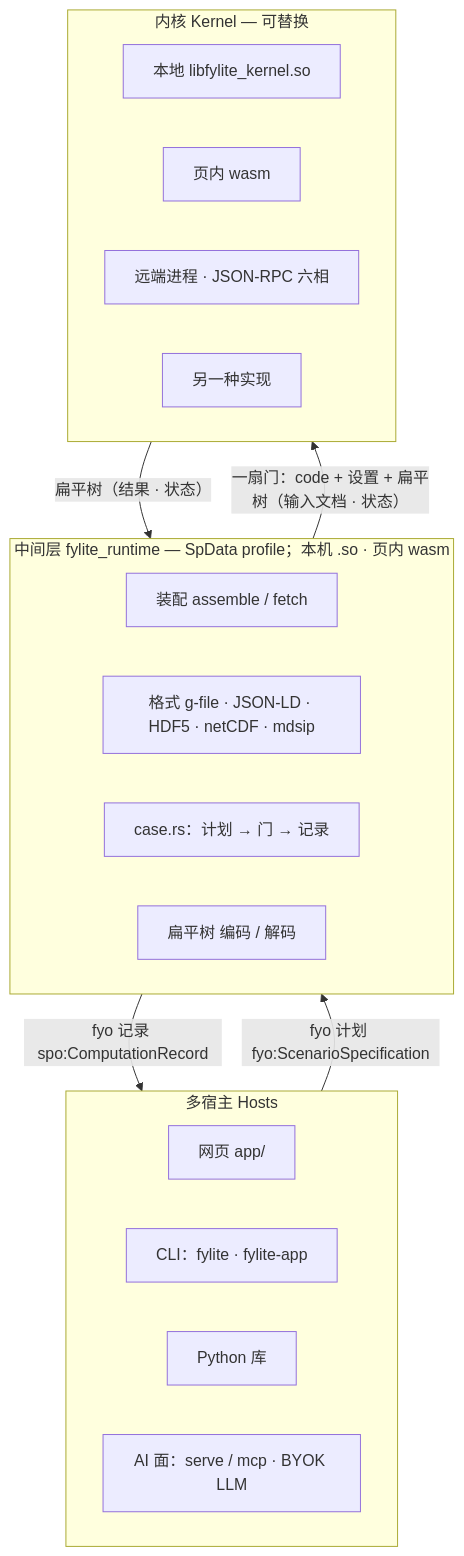
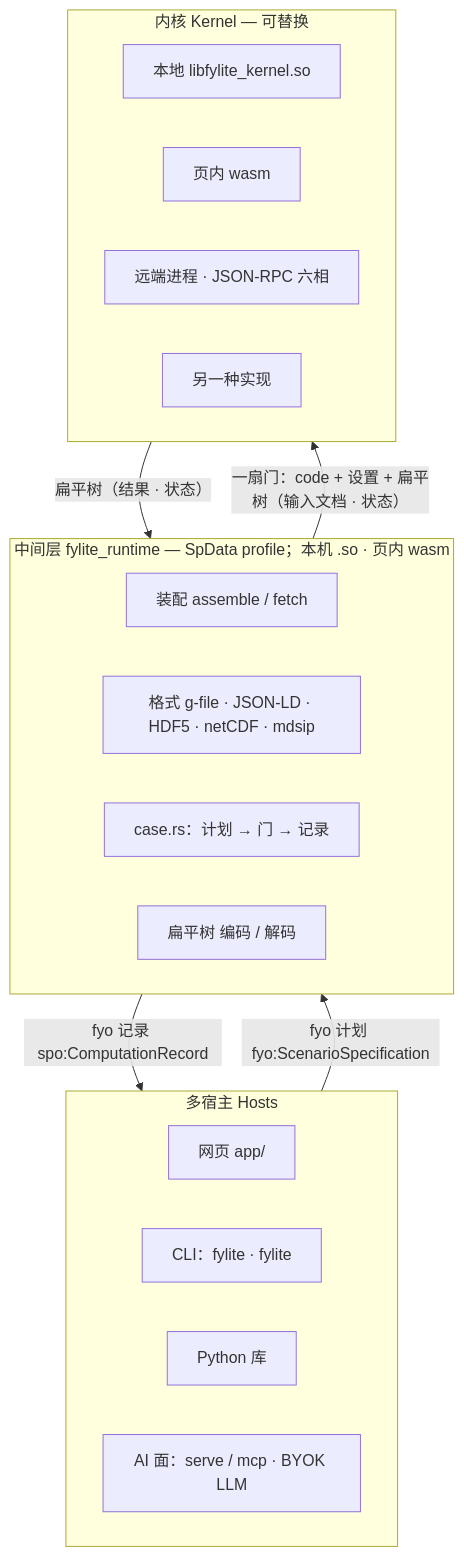
Before and after one commit to fusion-yun/fylite: the diagram in docs/design/FYL-DESIGN-16.md, drawn with Mermaid. The commit also changed other lines of this file and 37 other files, not shown here.

````diff
--- a/docs/design/FYL-DESIGN-16.md
+++ b/docs/design/FYL-DESIGN-16.md
@@ -151,25 +151,25 @@
 ```{mermaid}
 flowchart TB
   subgraph F[多宿主 Hosts]
     GUI[网页 app/]
-    CLI[CLI：fylite · fylite-app]
+    CLI[CLI：fylite · fylite]
     PY[Python 库]
     AI[AI 面：serve / mcp · BYOK LLM]
   end
   subgraph D[中间层 fylite_runtime — SpData profile；本机 .so · 页内 wasm]
     ASM[装配 assemble / fetch]
     FMT[格式 g-file · JSON-LD · HDF5 · netCDF · mdsip]
     CASE[case.rs：计划 → 门 → 记录]
     TREE[扁平树 编码 / 解码]
   end
   subgraph K[内核 Kernel — 可替换]
     LOCAL[本地 libfylite_kernel.so]
     WASM[页内 wasm]
     REMOTE[远端进程 · JSON-RPC 六相]
     OTHER[另一种实现]
   end
   F -->|fyo 计划 fyo:ScenarioSpecification| D
   D -->|一扇门：code + 设置 + 扁平树（输入文档 · 状态）| K
   K -->|扁平树（结果 · 状态）| D
   D -->|fyo 记录 spo:ComputationRecord| F
 ```
````
